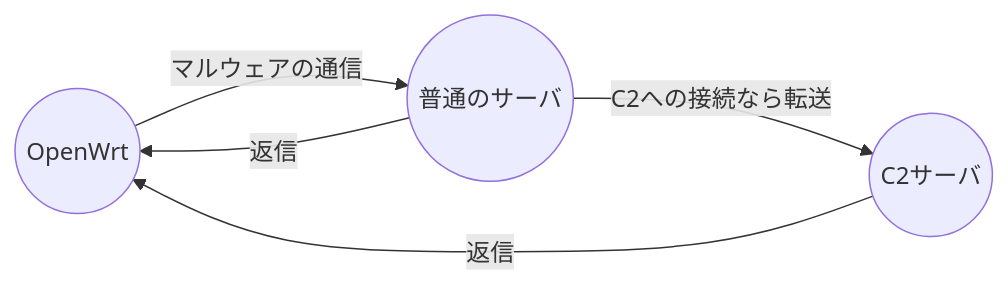
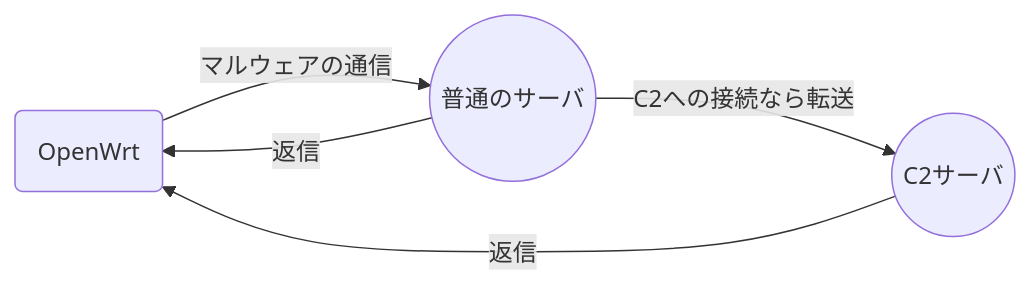
The second of 2 diagrams in README.md (furubese/NS3C2M), drawn with Mermaid before and after one commit.

````diff
--- a/README.md
+++ b/README.md
@@ -17,8 +17,8 @@
 ```mermaid
 graph LR
-    ID1((OpenWrt)) -- マルウェアの通信 --> ID2((普通のサーバ))
+    ID1(OpenWrt) -- マルウェアの通信 --> ID2((普通のサーバ))
     ID2 -- C2への接続なら転送 --> ID3((C2サーバ))
     ID2 -- 返信 --> ID1
     ID3 -- 返信 --> ID1
     
 ```
````
